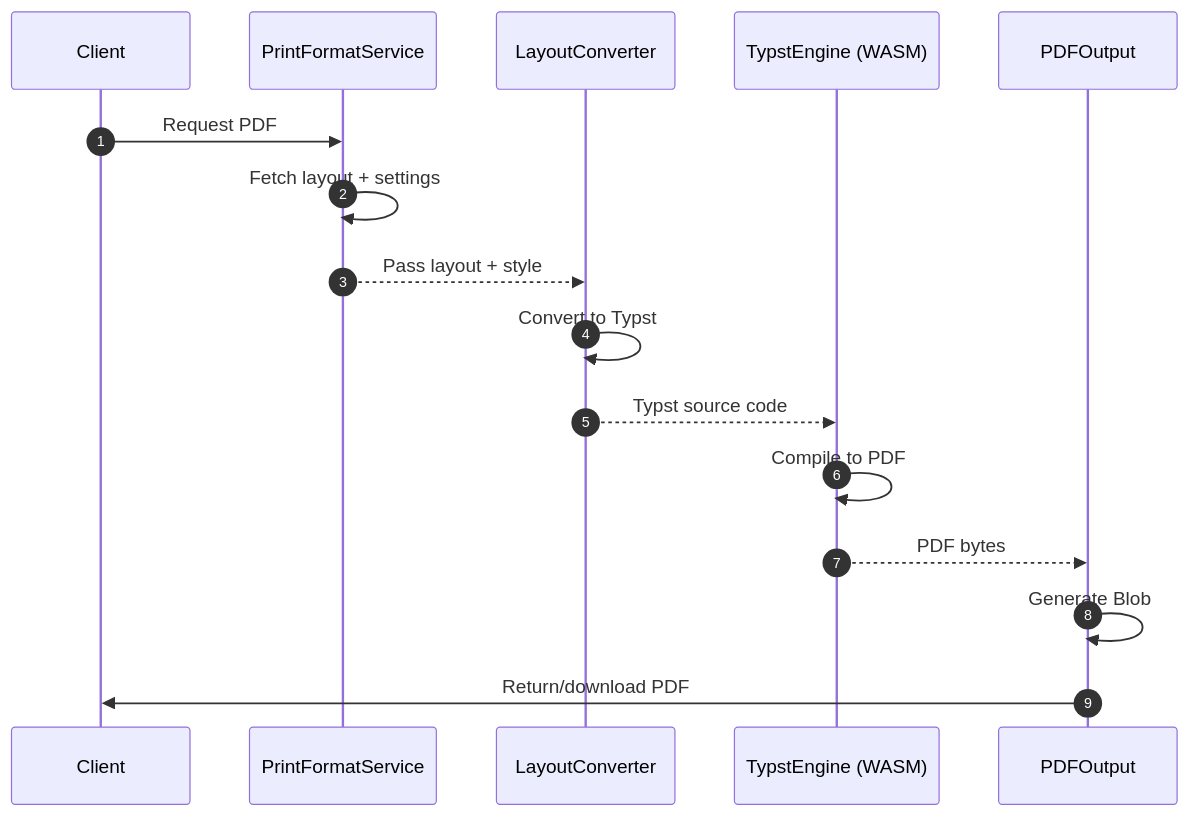
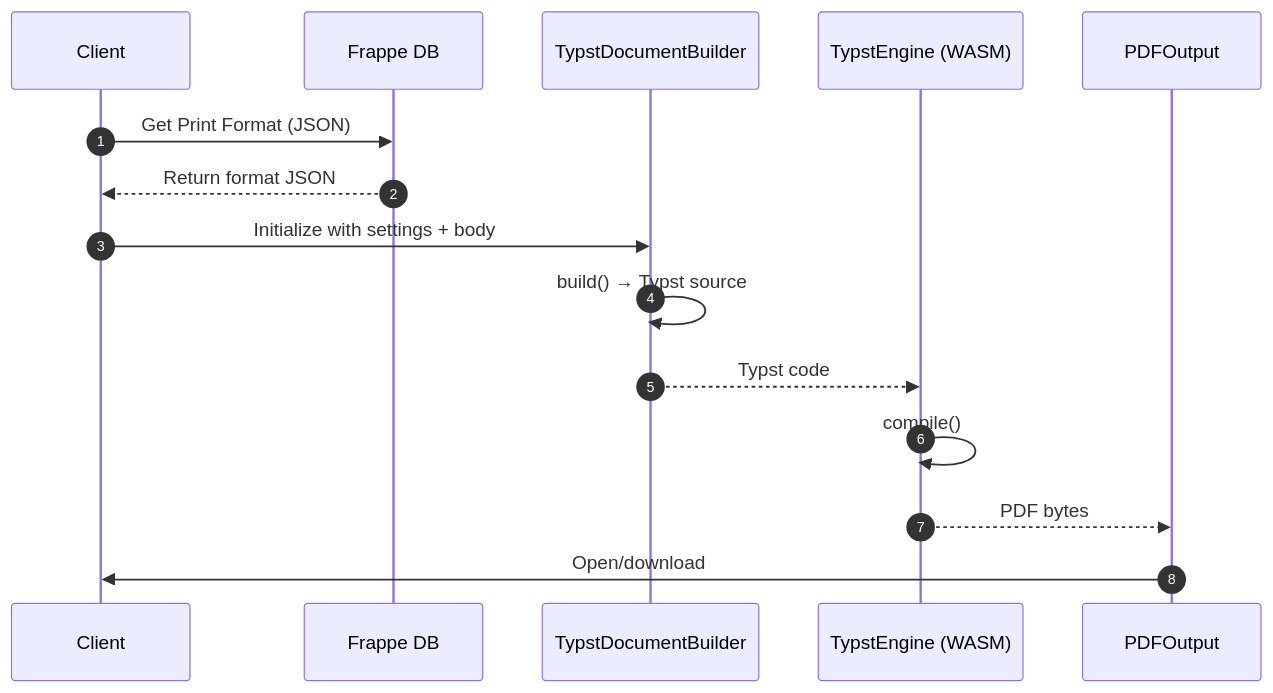
Before and after one commit to frappe/print_designer: the third of 3 diagrams in print_designer/pdf_generator/typst-arch.md, drawn with Mermaid. The commit also changed other lines of this file, not shown here.

Commit message:
Updated architecture

````diff
--- a/print_designer/pdf_generator/typst-arch.md
+++ b/print_designer/pdf_generator/typst-arch.md
@@ -55,19 +40,19 @@
 ```mermaid
 sequenceDiagram
 	autonumber
 	participant Client
-	participant Svc as PrintFormatService
-	participant Conv as LayoutConverter
+	participant DB as Frappe DB
+	participant Builder as TypstDocumentBuilder
 	participant Engine as TypstEngine (WASM)
 	participant PDF as PDFOutput
 
-	Client->>Svc: Request PDF
-	Svc->>Svc: Fetch layout + settings
-	Svc-->>Conv: Pass layout + style
-	Conv->>Conv: Convert to Typst
-	Conv-->>Engine: Typst source code
-	Engine->>Engine: Compile to PDF
+	Client->>DB: Get Print Format (JSON)
+	DB-->>Client: Return format JSON
+
+	Client->>Builder: Initialize with settings + body
+	Builder->>Builder: build() → Typst source
+	Builder-->>Engine: Typst code
+	Engine->>Engine: compile()
 	Engine-->>PDF: PDF bytes
-	PDF->>PDF: Generate Blob
-	PDF->>Client: Return/download PDF
+	PDF->>Client: Open/download
 ```
````
